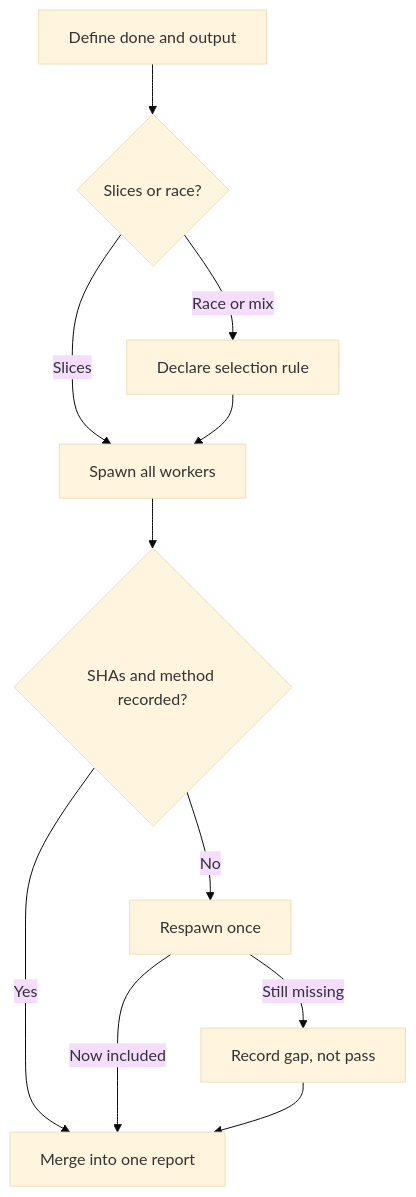
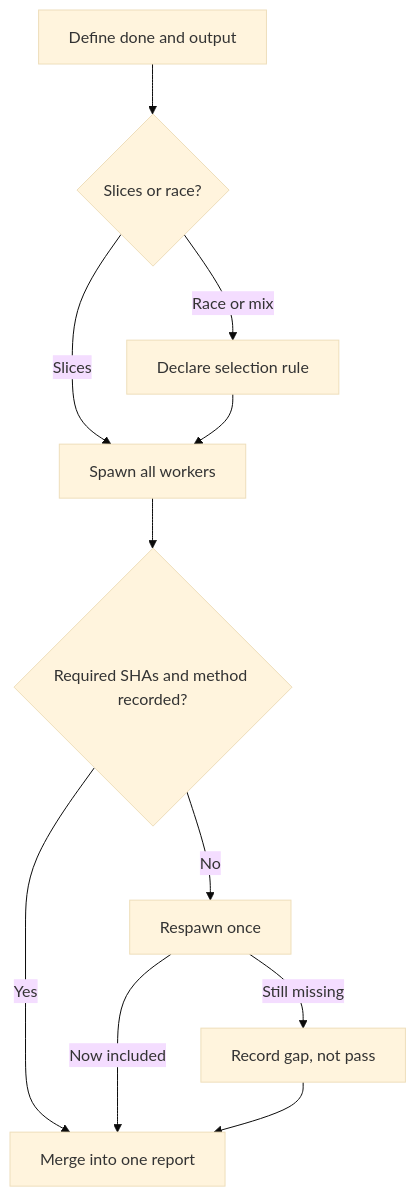
One commit to justmaocom/justmaocom.github.io changed the third of 3 diagrams in _posts/en/2026-10-23-pstack-understand-design.md. Above: the diagram before and after it, drawn with Mermaid (base theme). The commit also changed 18 other files, not shown here.

````diff
--- a/_posts/en/2026-10-23-pstack-understand-design.md
+++ b/_posts/en/2026-10-23-pstack-understand-design.md
@@ -326,13 +326,13 @@
 ```mermaid
 flowchart TD
   A[Define done and output] --> B{Slices or race?}
   B -->|Slices| D[Spawn all workers]
   B -->|Race or mix| C[Declare selection rule]
   C --> D
-  D --> E{SHAs and method recorded?}
+  D --> E{Required SHAs and method recorded?}
   E -->|Yes| G[Merge into one report]
   E -->|No| F[Respawn once]
   F -->|Now included| G
   F -->|Still missing| H[Record gap, not pass]
   H --> G
 ```
````
